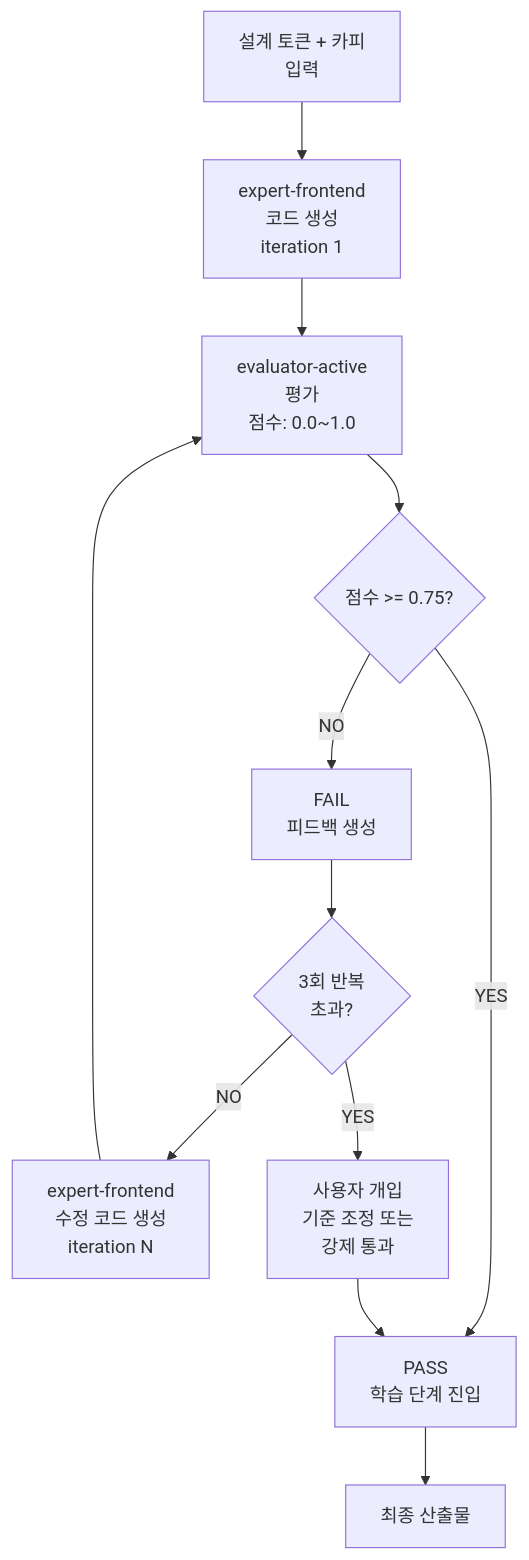
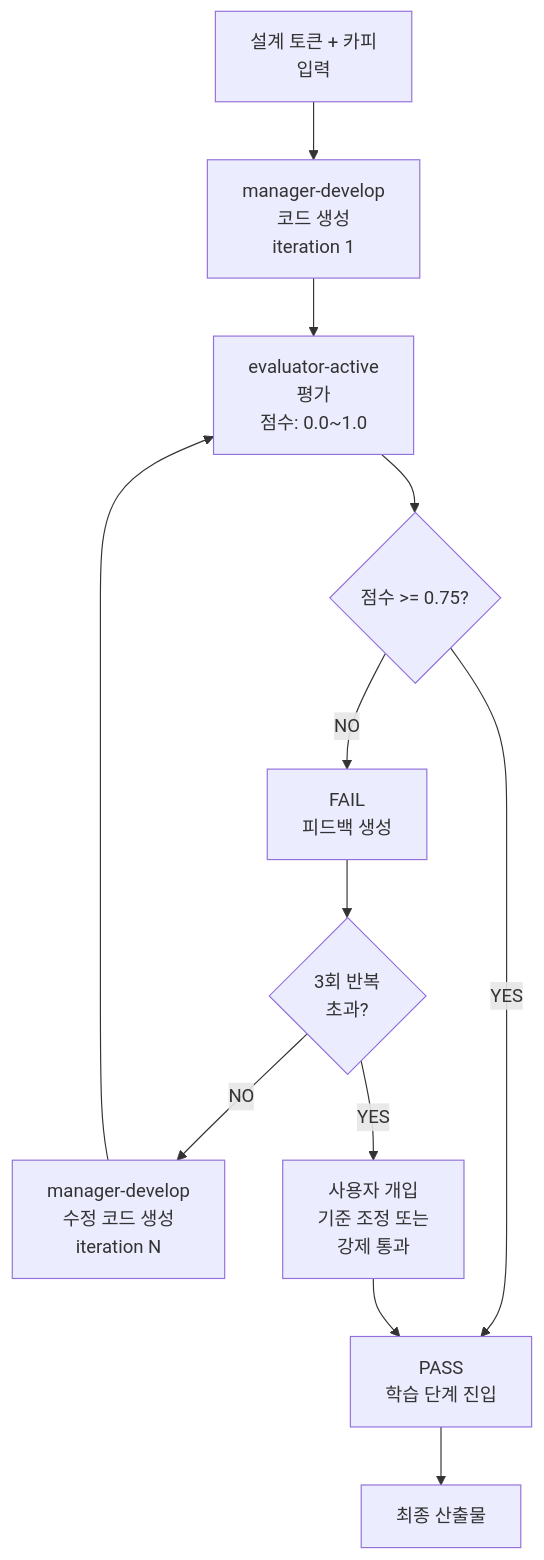
The diagram in docs-site/content/ko/design/gan-loop.md (modu-ai/moai-adk), drawn with Mermaid before and after one commit. The commit also changed other lines of this file and 153 other files, not shown here.

````diff
--- a/docs-site/content/ko/design/gan-loop.md
+++ b/docs-site/content/ko/design/gan-loop.md
@@ -14,14 +14,14 @@
 ```mermaid
 flowchart TD
-    A["설계 토큰 + 카피<br>입력"] --> B["expert-frontend<br>코드 생성<br>iteration 1"]
+    A["설계 토큰 + 카피<br>입력"] --> B["manager-develop<br>코드 생성<br>iteration 1"]
     B --> C["evaluator-active<br>평가<br>점수: 0.0~1.0"]
     C --> D{점수 >= 0.75?}
     D -->|YES| E["PASS<br>학습 단계 진입"]
     D -->|NO| F["FAIL<br>피드백 생성"]
     F --> G{3회 반복<br>초과?}
-    G -->|NO| H["expert-frontend<br>수정 코드 생성<br>iteration N"]
+    G -->|NO| H["manager-develop<br>수정 코드 생성<br>iteration N"]
     H --> C
     G -->|YES| I["사용자 개입<br>기준 조정 또는<br>강제 통과"]
     I --> E
     E --> J["최종 산출물"]
 ```
````
